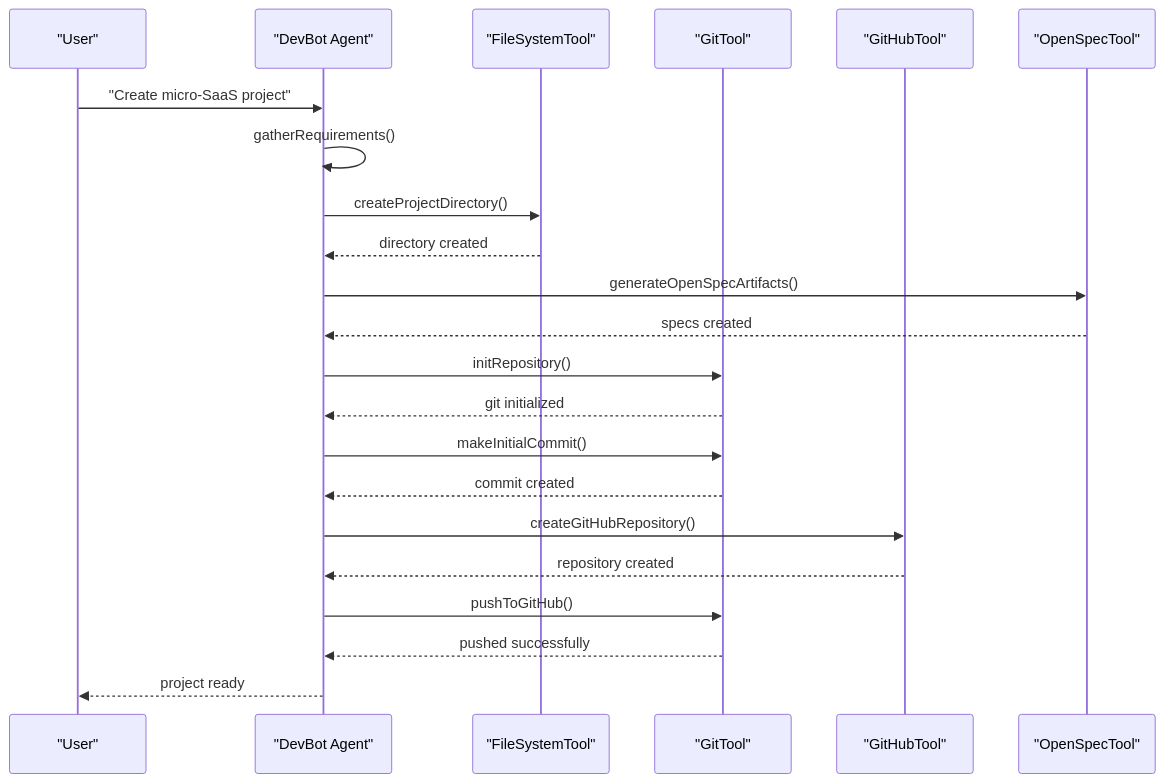
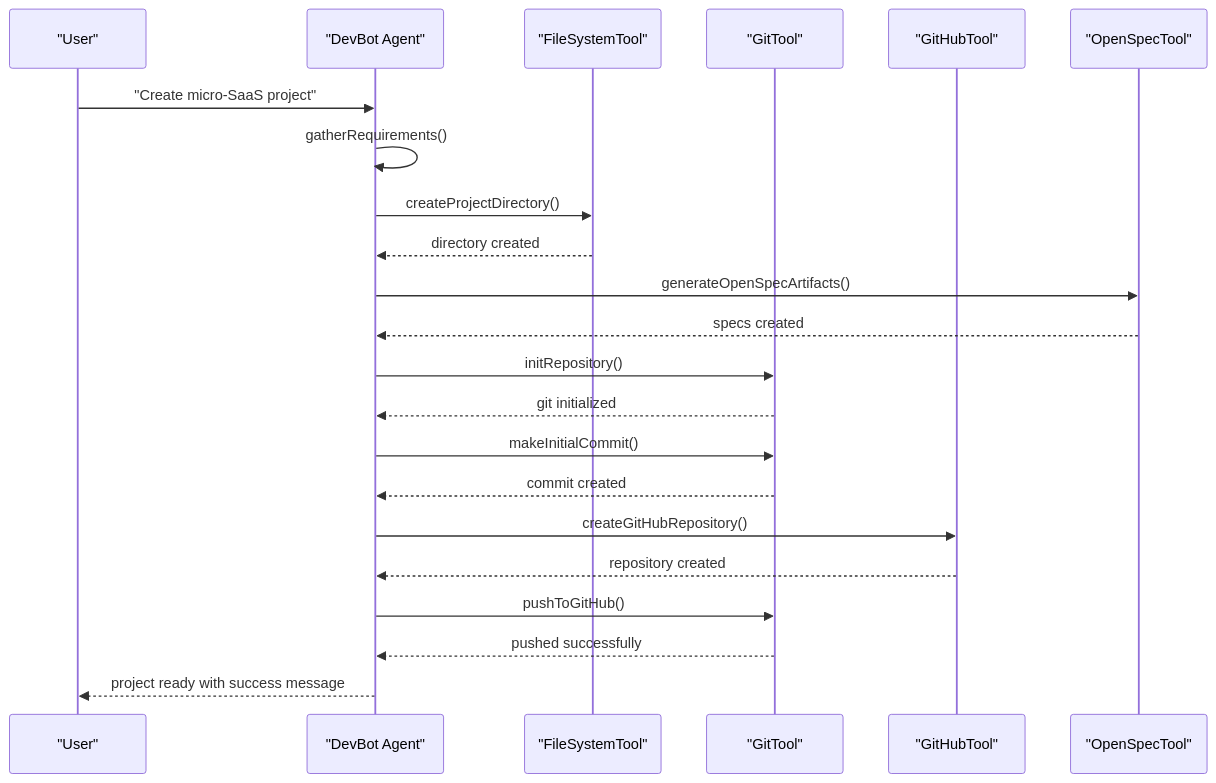
One commit to siimliimand/laravel-assistant changed the ninth of 10 diagrams in .qoder/repowiki/en/content/Laravel Application Components/Project Management System.md. Above: the diagram before and after it, drawn with Mermaid. The commit also changed other lines of this file and 1 other file, not shown here.

First line of the commit message:
docs(project-management): update project management system documentation comprehensively

````diff
--- a/.qoder/repowiki/en/content/Laravel Application Components/Project Management System.md
+++ b/.qoder/repowiki/en/content/Laravel Application Components/Project Management System.md
@@ -444,24 +493,24 @@
 ```mermaid
 sequenceDiagram
 participant User as "User"
 participant DevBot as "DevBot Agent"
 participant FS as "FileSystemTool"
 participant Git as "GitTool"
 participant GH as "GitHubTool"
 participant OS as "OpenSpecTool"
 User->>DevBot : "Create micro-SaaS project"
 DevBot->>DevBot : gatherRequirements()
 DevBot->>FS : createProjectDirectory()
 FS-->>DevBot : directory created
 DevBot->>OS : generateOpenSpecArtifacts()
 OS-->>DevBot : specs created
 DevBot->>Git : initRepository()
 Git-->>DevBot : git initialized
 DevBot->>Git : makeInitialCommit()
 Git-->>DevBot : commit created
 DevBot->>GH : createGitHubRepository()
 GH-->>DevBot : repository created
 DevBot->>Git : pushToGitHub()
 Git-->>DevBot : pushed successfully
-DevBot-->>User : project ready
+DevBot-->>User : project ready with success message
 ```
````
